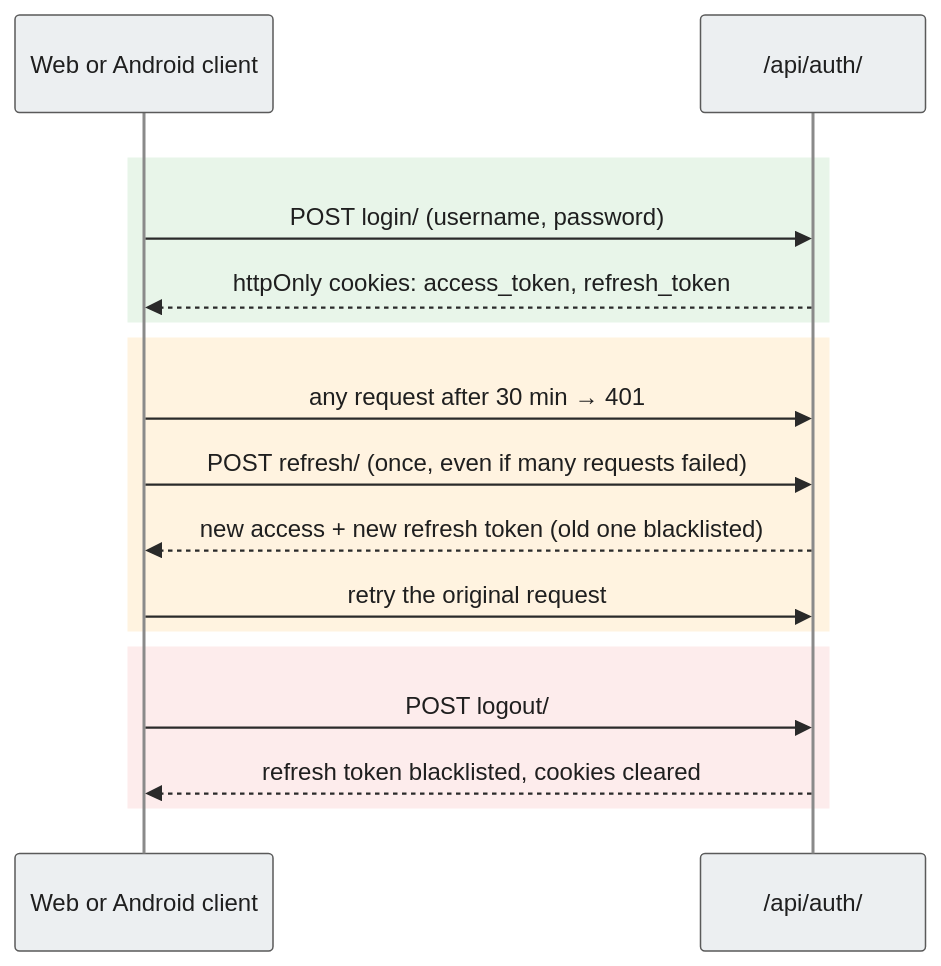
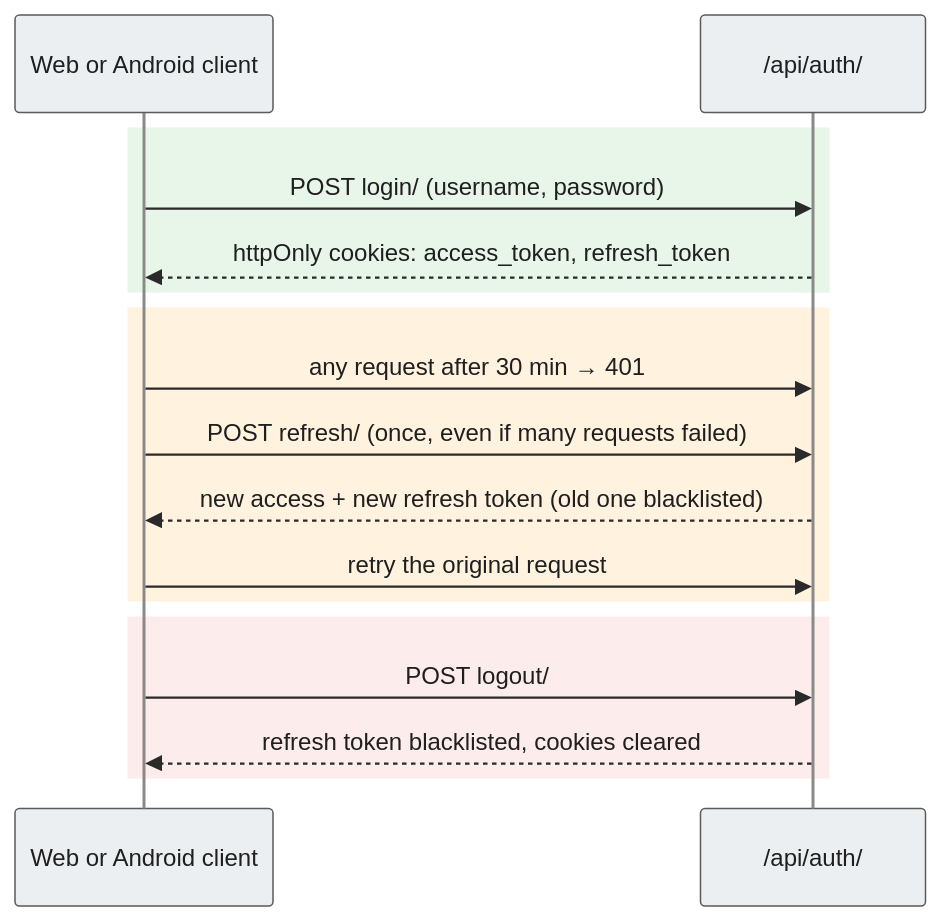
One commit to aarushchaudhary/nmpralekh changed the sixth of 10 diagrams in README.md. Above: the diagram before and after it, drawn with Mermaid. The commit also changed other lines of this file, not shown here.

Commit message:
Restyle README sequence diagrams: light boxes with dark text, no white panels

````diff
--- a/README.md
+++ b/README.md
@@ -289,23 +287,21 @@
 ```mermaid
 %%{init: {'theme':'base','themeVariables':{'actorBkg':'#ECEFF1','actorBorder':'#5A5A5A','actorTextColor':'#1F1F1F','actorLineColor':'#8A8A8A','signalColor':'#2A2A2A','signalTextColor':'#1F1F1F','sequenceNumberColor':'#FFFFFF','labelBoxBkgColor':'#FFFFFF','labelBoxBorderColor':'#5A5A5A','labelTextColor':'#1F1F1F','loopTextColor':'#1F1F1F','noteBkgColor':'#FFF59D','noteBorderColor':'#F9A825','noteTextColor':'#1F1F1F'}}}%%
 sequenceDiagram
     participant C as Web or Android client
     participant A as /api/auth/
 
-    rect rgb(255, 255, 255)
-        rect rgb(232, 245, 233)
-        C->>A: POST login/ (username, password)
-        A-->>C: httpOnly cookies: access_token, refresh_token
-        end
-        rect rgb(255, 243, 224)
-        C->>A: any request after 30 min → 401
-        C->>A: POST refresh/ (once, even if many requests failed)
-        A-->>C: new access + new refresh token (old one blacklisted)
-        C->>A: retry the original request
-        end
-        rect rgb(253, 236, 236)
-        C->>A: POST logout/
-        A-->>C: refresh token blacklisted, cookies cleared
-        end
+    rect rgb(232, 245, 233)
+    C->>A: POST login/ (username, password)
+    A-->>C: httpOnly cookies: access_token, refresh_token
+    end
+    rect rgb(255, 243, 224)
+    C->>A: any request after 30 min → 401
+    C->>A: POST refresh/ (once, even if many requests failed)
+    A-->>C: new access + new refresh token (old one blacklisted)
+    C->>A: retry the original request
+    end
+    rect rgb(253, 236, 236)
+    C->>A: POST logout/
+    A-->>C: refresh token blacklisted, cookies cleared
     end
 ```
````
